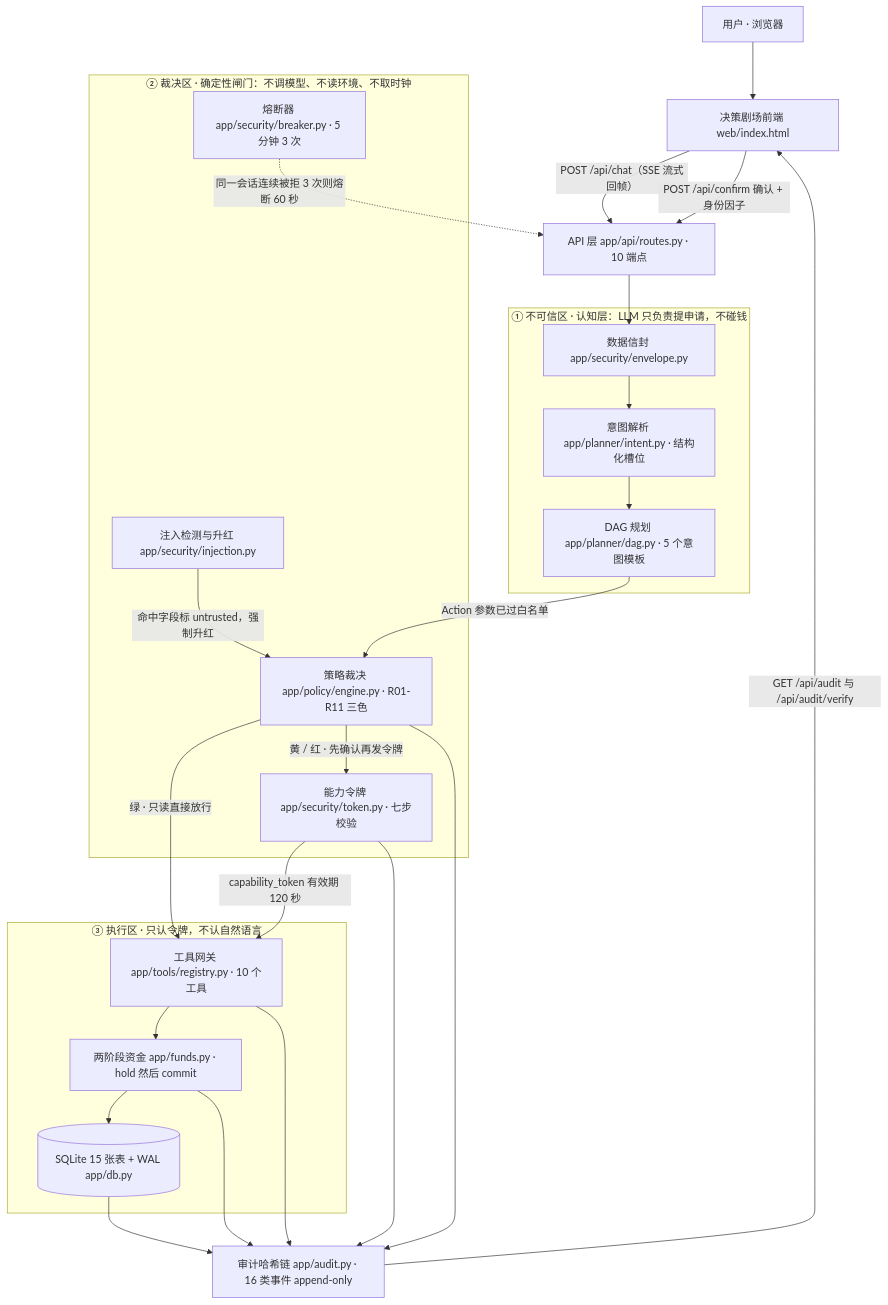
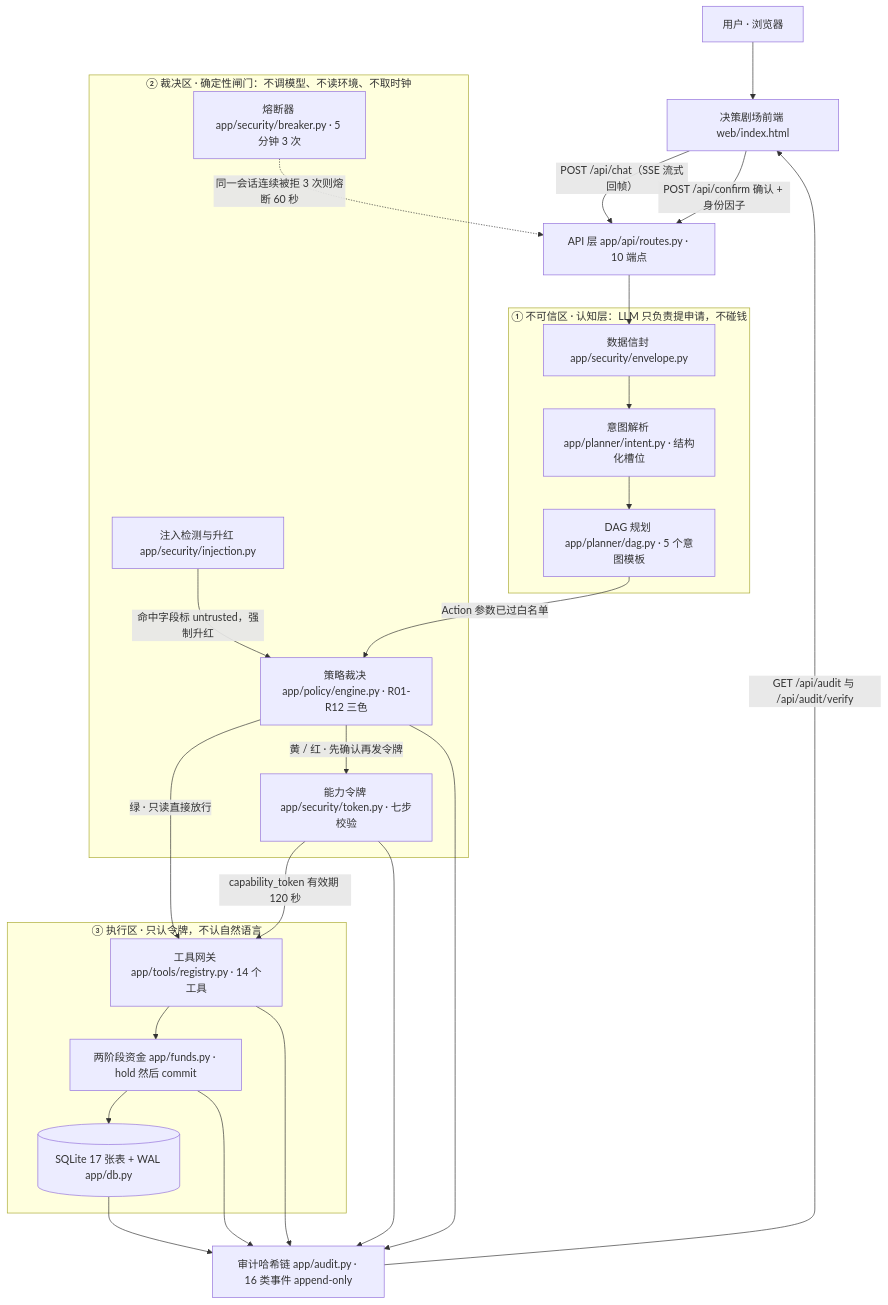
One commit to peng6yu/banking-agent changed the diagram in docs/架构图.mmd. Above: the diagram before and after it, drawn with Mermaid. The commit also changed 10 other files, not shown here.

```diff
--- a/docs/架构图.mmd
+++ b/docs/架构图.mmd
@@ -1,42 +1,42 @@
 %% 银行 AI 智能体 · 分层架构图（mermaid flowchart）
 %% 生成命令：npx @mermaid-js/mermaid-cli -i docs/架构图.mmd -o docs/架构图.svg -p /usr/bin/google-chrome
 flowchart TD
     U["用户 · 浏览器"] --> FE["决策剧场前端 web/index.html"]
     FE -->|"POST /api/chat（SSE 流式回帧）"| API["API 层 app/api/routes.py · 10 端点"]
     FE -->|"POST /api/confirm 确认 + 身份因子"| API
 
     subgraph L1["① 不可信区 · 认知层：LLM 只负责提申请，不碰钱"]
         ENV["数据信封 app/security/envelope.py"]
         INT["意图解析 app/planner/intent.py · 结构化槽位"]
         DAG["DAG 规划 app/planner/dag.py · 5 个意图模板"]
     end
 
     subgraph L2["② 裁决区 · 确定性闸门：不调模型、不读环境、不取时钟"]
         INJ["注入检测与升红 app/security/injection.py"]
-        PE["策略裁决 app/policy/engine.py · R01-R11 三色"]
+        PE["策略裁决 app/policy/engine.py · R01-R12 三色"]
         TK["能力令牌 app/security/token.py · 七步校验"]
         BRK["熔断器 app/security/breaker.py · 5 分钟 3 次"]
     end
 
     subgraph L3["③ 执行区 · 只认令牌，不认自然语言"]
-        REG["工具网关 app/tools/registry.py · 10 个工具"]
+        REG["工具网关 app/tools/registry.py · 14 个工具"]
         FND["两阶段资金 app/funds.py · hold 然后 commit"]
-        DB[("SQLite 15 张表 + WAL app/db.py")]
+        DB[("SQLite 17 张表 + WAL app/db.py")]
     end
 
     AUD["审计哈希链 app/audit.py · 16 类事件 append-only"]
 
     API --> ENV --> INT --> DAG
     DAG -->|"Action 参数已过白名单"| PE
     INJ -->|"命中字段标 untrusted，强制升红"| PE
     PE -->|"绿 · 只读直接放行"| REG
     PE -->|"黄 / 红 · 先确认再发令牌"| TK
     TK -->|"capability_token 有效期 120 秒"| REG
     BRK -.->|"同一会话连续被拒 3 次则熔断 60 秒"| API
     REG --> FND --> DB
     REG --> AUD
     FND --> AUD
     PE --> AUD
     TK --> AUD
     DB --> AUD
     AUD -->|"GET /api/audit 与 /api/audit/verify"| FE
```
